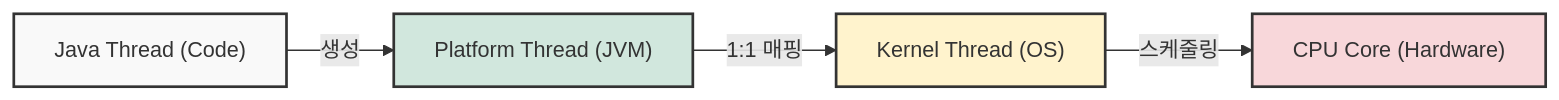
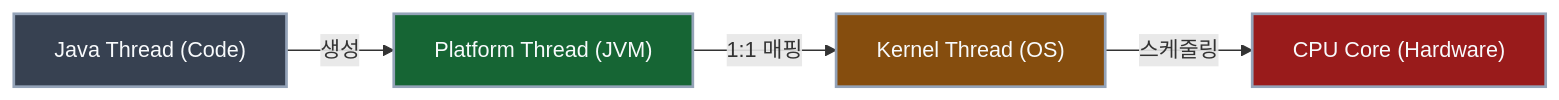
Before and after one commit to Kang-Hyesung/kang-hyesung.github.io: the first of 2 diagrams in _posts/java/14-JVM과_스레드/2026-03-29-플랫폼-스레드와-커널-스레드.md, drawn with Mermaid. The commit also changed other lines of this file and 74 other files, not shown here.

Commit message:
docs: update post visibility and mermaid colors

````diff
--- a/_posts/java/14-JVM과_스레드/2026-03-29-플랫폼-스레드와-커널-스레드.md
+++ b/_posts/java/14-JVM과_스레드/2026-03-29-플랫폼-스레드와-커널-스레드.md
@@ -28,12 +28,12 @@
 ```mermaid
 graph LR
     A["Java Thread (Code)"] -- "생성" --> B["Platform Thread (JVM)"]
     B -- "1:1 매핑" --> C["Kernel Thread (OS)"]
     C -- "스케줄링" --> D["CPU Core (Hardware)"]
 
     %% 스타일 정의
-    style A fill:#f9f9f9,stroke:#333,stroke-width:2px
-    style B fill:#d1e7dd,stroke:#333,stroke-width:2px
-    style C fill:#fff3cd,stroke:#333,stroke-width:2px
-    style D fill:#f8d7da,stroke:#333,stroke-width:2px
+    style A fill:#374151,stroke:#94a3b8,stroke-width:2px,color:#f8fafc
+    style B fill:#166534,stroke:#94a3b8,stroke-width:2px,color:#f8fafc
+    style C fill:#854d0e,stroke:#94a3b8,stroke-width:2px,color:#f8fafc
+    style D fill:#991b1b,stroke:#94a3b8,stroke-width:2px,color:#f8fafc
 ```
````
